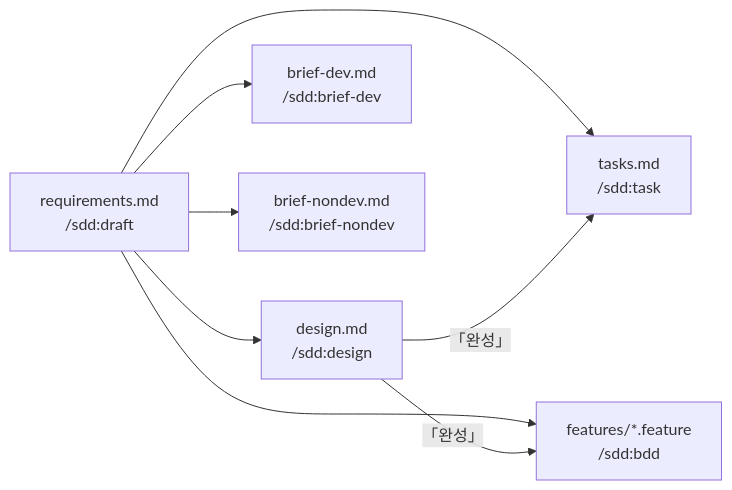
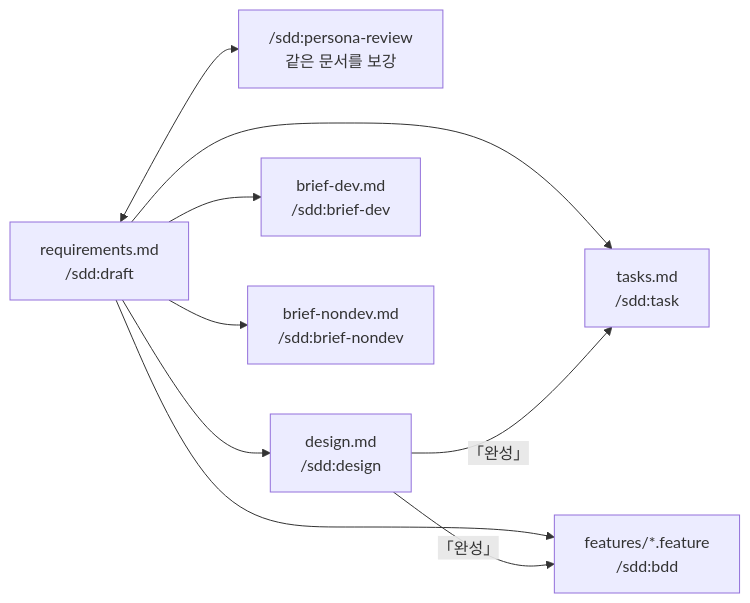
Before and after one commit to dorage/dotfiles: the diagram in claude-plugins/sdd/OUTPUT.md, drawn with Mermaid. The commit also changed other lines of this file and 3 other files, not shown here.

````diff
--- a/claude-plugins/sdd/OUTPUT.md
+++ b/claude-plugins/sdd/OUTPUT.md
@@ -26,16 +26,18 @@
 ```mermaid
 flowchart LR
     req["requirements.md<br/>/sdd:draft"]
+    rev["/sdd:persona-review<br/>같은 문서를 보강"]
     des["design.md<br/>/sdd:design"]
     tsk["tasks.md<br/>/sdd:task"]
     fea["features/*.feature<br/>/sdd:bdd"]
     bdev["brief-dev.md<br/>/sdd:brief-dev"]
     bnon["brief-nondev.md<br/>/sdd:brief-nondev"]
+    req <--> rev
     req --> des
     req --> tsk
     req --> fea
     req --> bdev
     req --> bnon
     des -- 「완성」 --> tsk
     des -- 「완성」 --> fea
 ```
````
